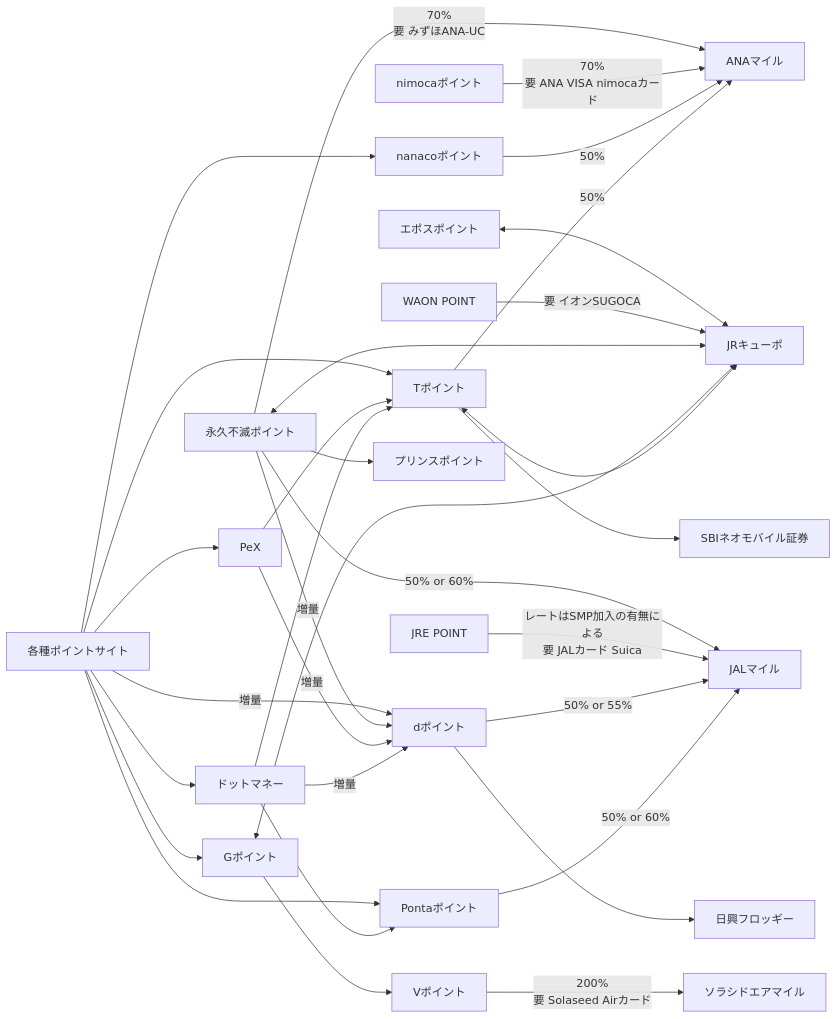
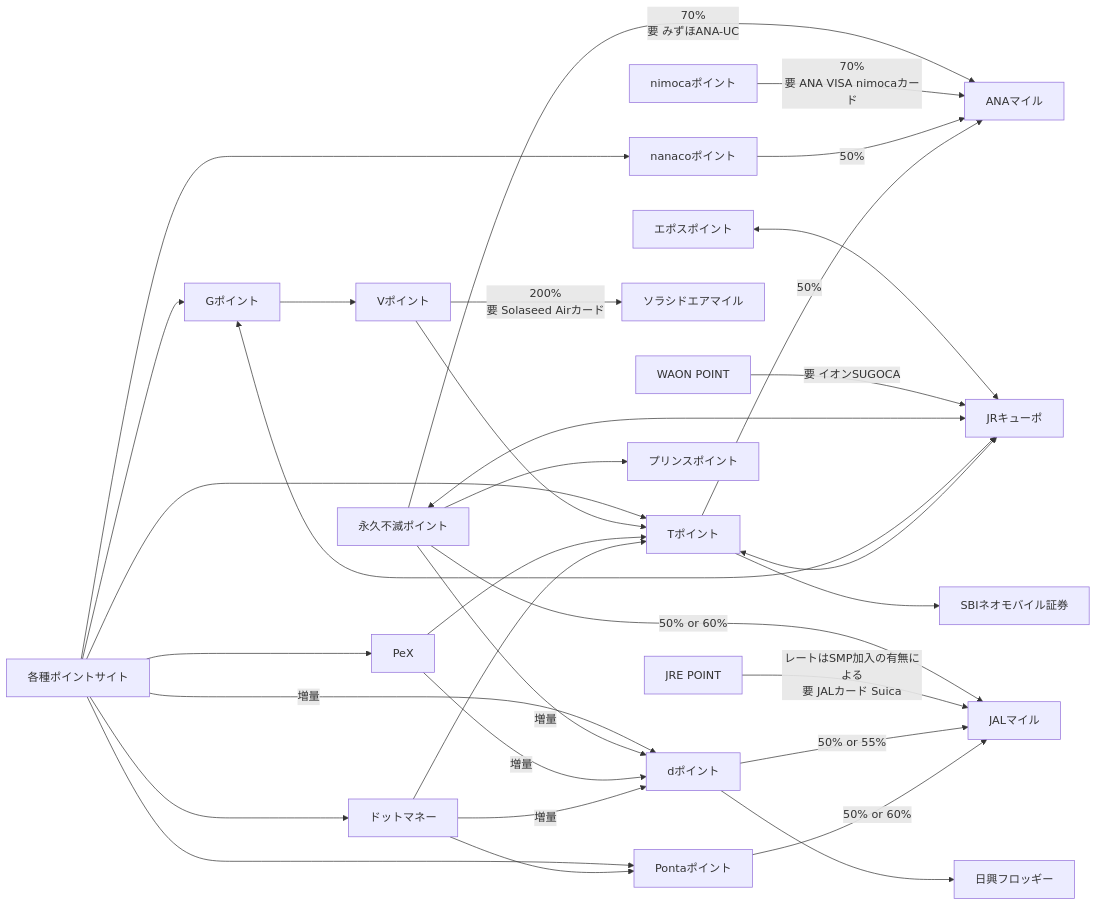
Before and after one commit to hiroxto/point-flow: the diagram in README.md, drawn with Mermaid.

Commit message:
開通予定のVポイントからTポイントを追加

````diff
--- a/README.md
+++ b/README.md
@@ -5,38 +5,39 @@
 ```mermaid
 flowchart LR
 
 各種ポイントサイト-->PeX
 各種ポイントサイト-->ドットマネー
 各種ポイントサイト-->Gポイント
 各種ポイントサイト-->|増量|dポイント
 各種ポイントサイト-->Pontaポイント
 各種ポイントサイト-->Tポイント
 各種ポイントサイト-->nanacoポイント
 
 Vポイント-->|200%\n要 Solaseed Airカード|ソラシドエアマイル
+Vポイント-->Tポイント
 エポスポイント<-->JRキューポ
 WAONP[WAON POINT]-->|要 イオンSUGOCA|JRキューポ
 永久不滅ポイント<-->JRキューポ
 永久不滅ポイント-->|50% or 60%|JALマイル
 永久不滅ポイント-->|70%\n要 みずほANA-UC|ANAマイル
 永久不滅ポイント-->|増量|dポイント
 永久不滅ポイント-->プリンスポイント
 JREP[JRE POINT]-->|レートはSMP加入の有無による\n要 JALカード Suica|JALマイル
 
 PeX-->Tポイント
 PeX-->|増量|dポイント
 ドットマネー-->Tポイント
 ドットマネー-->|増量|dポイント
 ドットマネー-->Pontaポイント
 Gポイント-->Vポイント
 Gポイント<-->JRキューポ
 nimocaポイント-->|70%\n要 ANA VISA nimocaカード|ANAマイル
 
 nanacoポイント-->|50%|ANAマイル
 Tポイント-->|50%|ANAマイル
 Tポイント<-->JRキューポ
 dポイント-->|50% or 55%|JALマイル
 Pontaポイント-->|50% or 60%|JALマイル
 dポイント-->日興フロッギー
 Tポイント-->SBIネオモバイル証券
 ```
````
